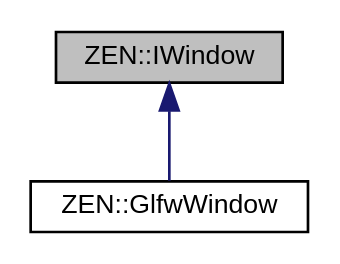
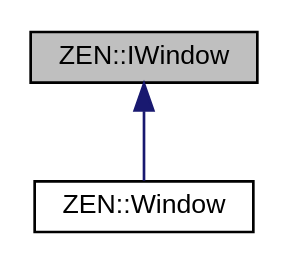
The diagram in classZEN_1_1IWindow__inherit__graph.dot (markhj/zeronetics), drawn with Graphviz before and after one commit. The commit also changed 21 other files, not shown here.

```diff
--- a/classZEN_1_1IWindow__inherit__graph.dot
+++ b/classZEN_1_1IWindow__inherit__graph.dot
@@ -1,9 +1,9 @@
 digraph "ZEN::IWindow"
 {
  // LATEX_PDF_SIZE
   edge [fontname="Helvetica",fontsize="10",labelfontname="Helvetica",labelfontsize="10"];
   node [fontname="Helvetica",fontsize="10",shape=record];
   Node1 [label="ZEN::IWindow",height=0.2,width=0.4,color="black", fillcolor="grey75", style="filled", fontcolor="black",tooltip=" "];
   Node1 -> Node2 [dir="back",color="midnightblue",fontsize="10",style="solid",fontname="Helvetica"];
-  Node2 [label="ZEN::GlfwWindow",height=0.2,width=0.4,color="black", fillcolor="white", style="filled",URL="$classZEN_1_1GlfwWindow.html",tooltip=" "];
+  Node2 [label="ZEN::Window",height=0.2,width=0.4,color="black", fillcolor="white", style="filled",URL="$classZEN_1_1Window.html",tooltip=" "];
 }
```
